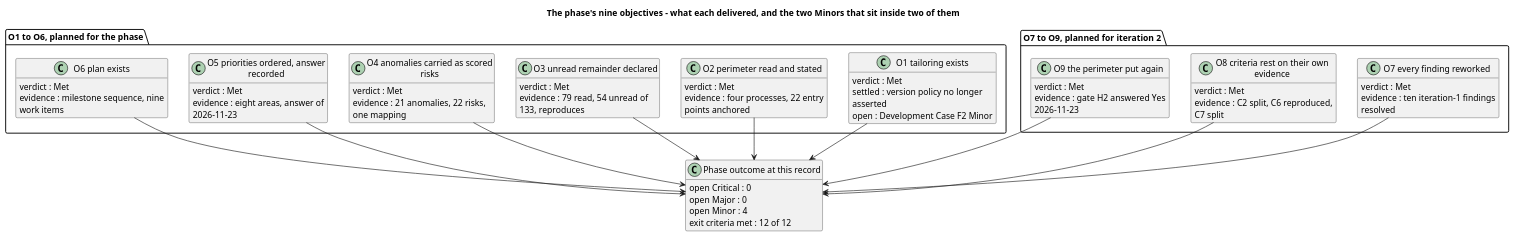
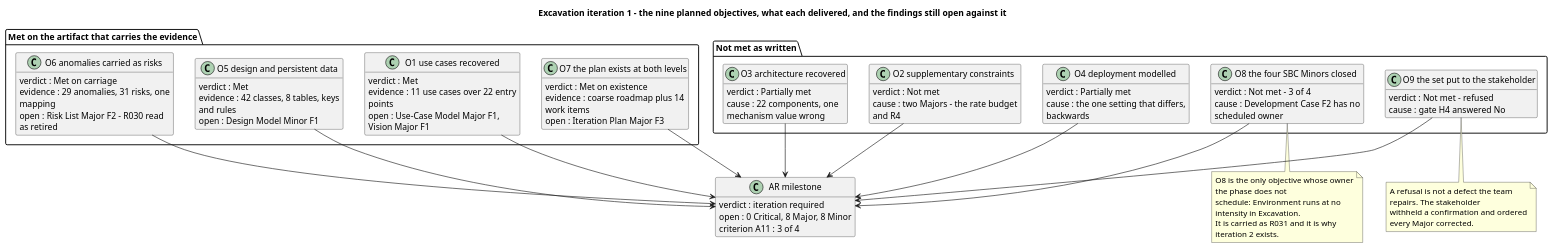
Before and after one commit to banense-test/TodoApp: the first of 4 diagrams in docs/artifacts/project-management/iteration-assessment.md, drawn with PlantUML. The commit also changed other lines of this file, not shown here.

First line of the commit message:
Project Manager [Excavation1]: upsert Iteration Assessment

````diff
--- a/docs/artifacts/project-management/iteration-assessment.md
+++ b/docs/artifacts/project-management/iteration-assessment.md
@@ -10,69 +13,81 @@
 ```plantuml
 @startuml
-title The phase's nine objectives - what each delivered, and the two Minors that sit inside two of them
+title Excavation iteration 1 - the nine planned objectives, what each delivered, and the findings still open against it
 skinparam shadowing false
 skinparam classAttributeIconSize 0
 hide empty members
-skinparam wrapWidth 240
+skinparam wrapWidth 250
 
-package "O1 to O6, planned for the phase" {
-  class "O1 tailoring exists" as O1 {
+package "Met on the artifact that carries the evidence" {
+  class "O5 design and persistent data" as O5 {
     verdict : Met
-    settled : version policy no longer asserted
-    open : Development Case F2 Minor
+    evidence : 42 classes, 8 tables, keys and rules
+    open : Design Model Minor F1
   }
-  class "O2 perimeter read and stated" as O2 {
+  class "O6 anomalies carried as risks" as O6 {
+    verdict : Met on carriage
+    evidence : 29 anomalies, 31 risks, one mapping
+    open : Risk List Major F2 - R030 read as retired
+  }
+  class "O7 the plan exists at both levels" as O7 {
+    verdict : Met on existence
+    evidence : coarse roadmap plus 14 work items
+    open : Iteration Plan Major F3
+  }
+  class "O1 use cases recovered" as O1 {
     verdict : Met
-    evidence : four processes, 22 entry points anchored
-  }
-  class "O3 unread remainder declared" as O3 {
-    verdict : Met
-    evidence : 79 read, 54 unread of 133, reproduces
-  }
-  class "O4 anomalies carried as scored risks" as O4 {
-    verdict : Met
-    evidence : 21 anomalies, 22 risks, one mapping
-  }
-  class "O5 priorities ordered, answer recorded" as O5 {
-    verdict : Met
-    evidence : eight areas, answer of 2026-11-23
-  }
-  class "O6 plan exists" as O6 {
-    verdict : Met
-    evidence : milestone sequence, nine work items
+    evidence : 11 use cases over 22 entry points
+    open : Use-Case Model Major F1, Vision Major F1
   }
 }
 
-package "O7 to O9, planned for iteration 2" {
-  class "O7 every finding reworked" as O7 {
-    verdict : Met
-    evidence : ten iteration-1 findings resolved
+package "Not met as written" {
+  class "O2 supplementary constraints" as O2 {
+    verdict : Not met
+    cause : two Majors - the rate budget and R4
   }
-  class "O8 criteria rest on their own evidence" as O8 {
-    verdict : Met
-    evidence : C2 split, C6 reproduced, C7 split
+  class "O3 architecture recovered" as O3 {
+    verdict : Partially met
+    cause : 22 components, one mechanism value wrong
   }
-  class "O9 the perimeter put again" as O9 {
-    verdict : Met
-    evidence : gate H2 answered Yes 2026-11-23
+  class "O4 deployment modelled" as O4 {
+    verdict : Partially met
+    cause : the one setting that differs, backwards
+  }
+  class "O8 the four SBC Minors closed" as O8 {
+    verdict : Not met - 3 of 4
+    cause : Development Case F2 has no scheduled owner
+  }
+  class "O9 the set put to the stakeholder" as O9 {
+    verdict : Not met - refused
+    cause : gate H4 answered No
   }
 }
 
-class "Phase outcome at this record" as PH {
-  open Critical : 0
-  open Major : 0
-  open Minor : 4
-  exit criteria met : 12 of 12
+class "AR milestone" as AR {
+  verdict : iteration required
+  open : 0 Critical, 8 Major, 8 Minor
+  criterion A11 : 3 of 4
 }
 
-O1 --> PH
-O2 --> PH
-O3 --> PH
-O4 --> PH
-O5 --> PH
-O6 --> PH
-O7 --> PH
-O8 --> PH
-O9 --> PH
+O1 --> AR
+O2 --> AR
+O3 --> AR
+O4 --> AR
+O5 --> AR
+O6 --> AR
+O7 --> AR
+O8 --> AR
+O9 --> AR
+
+note bottom of O8
+  O8 is the only objective whose owner the phase does not
+  schedule: Environment runs at no intensity in Excavation.
+  It is carried as R031 and it is why iteration 2 exists.
+end note
+note bottom of O9
+  A refusal is not a defect the team repairs. The stakeholder
+  withheld a confirmation and ordered every Major corrected.
+end note
 @enduml
 ```
````
